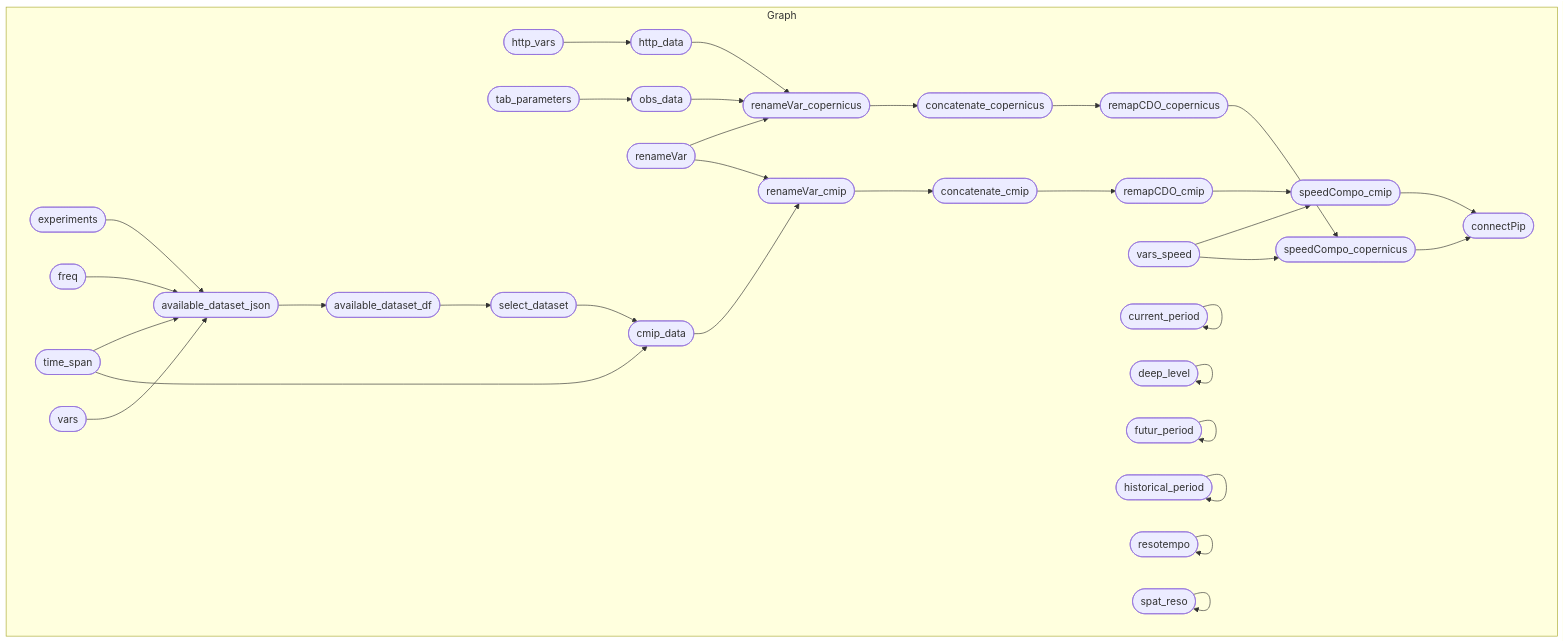
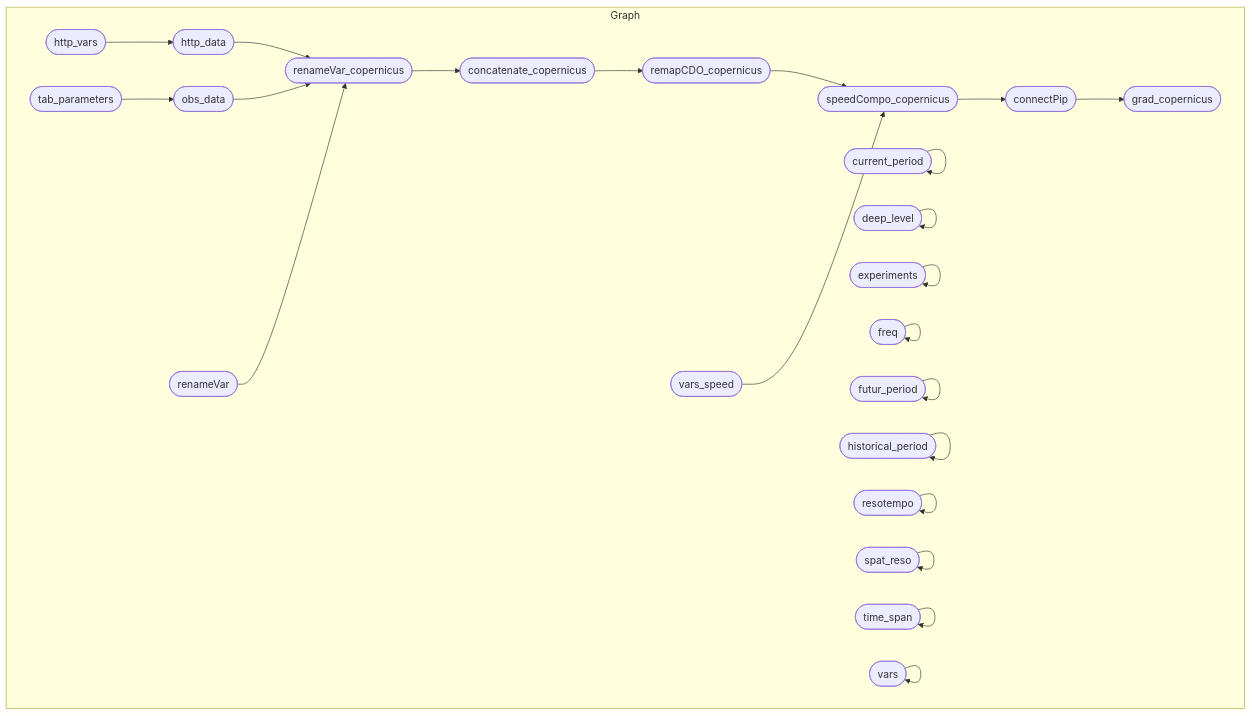
One commit to r-fernandezz/downshape changed the diagram in README.md. Above: the diagram before and after it, drawn with Mermaid. The commit also changed other lines of this file and 4 other files, not shown here.

Commit message:
🚧 PROGRESS: add grad_copernicus function

````diff
--- a/README.md
+++ b/README.md
@@ -22,37 +22,27 @@
 ``` mermaid
 graph LR
   subgraph Graph
     direction LR
-    x9289bfb53112cf3b(["concatenate_copernicus"]):::outdated --> xec6283d15a25ed08(["remapCDO_copernicus"]):::outdated
-    xf4b49e2ba07661b1(["remapCDO_cmip"]):::outdated --> xe5de19f3be59da20(["speedCompo_cmip"]):::outdated
-    xca459201a27e8460(["vars_speed"]):::uptodate --> xe5de19f3be59da20(["speedCompo_cmip"]):::outdated
-    x0262297569c18022(["renameVar_cmip"]):::outdated --> x4fe875b2492d0106(["concatenate_cmip"]):::outdated
-    x4fe875b2492d0106(["concatenate_cmip"]):::outdated --> xf4b49e2ba07661b1(["remapCDO_cmip"]):::outdated
-    x71e926299248ce3f(["http_vars"]):::uptodate --> x35b468daf9281b76(["http_data"]):::uptodate
-    xe44467b2b079fc18(["renameVar_copernicus"]):::outdated --> x9289bfb53112cf3b(["concatenate_copernicus"]):::outdated
+    xfc6ed28680e5db72(["speedCompo_copernicus"]):::outdated --> xcdaf411f7aa1a87d(["connectPip"]):::outdated
+    xcdaf411f7aa1a87d(["connectPip"]):::outdated --> x37179b61a203cbd3(["grad_copernicus"]):::outdated
     x35b468daf9281b76(["http_data"]):::uptodate --> xe44467b2b079fc18(["renameVar_copernicus"]):::outdated
     xd7bca5ba4e5f539d(["obs_data"]):::outdated --> xe44467b2b079fc18(["renameVar_copernicus"]):::outdated
     xd15c82dcb79a7c2e(["renameVar"]):::uptodate --> xe44467b2b079fc18(["renameVar_copernicus"]):::outdated
-    xac02e5e58926353b(["experiments"]):::uptodate --> x6fcf9b0e7fc429ff(["available_dataset_json"]):::outdated
-    x906e78a8df9f52cb(["freq"]):::uptodate --> x6fcf9b0e7fc429ff(["available_dataset_json"]):::outdated
-    x2c0118dd07b06ac8(["time_span"]):::uptodate --> x6fcf9b0e7fc429ff(["available_dataset_json"]):::outdated
-    x8f15ec77b8dbd81a(["vars"]):::uptodate --> x6fcf9b0e7fc429ff(["available_dataset_json"]):::outdated
-    x4301c707c2ab0cdc(["tab_parameters"]):::uptodate --> xd7bca5ba4e5f539d(["obs_data"]):::outdated
-    x6fcf9b0e7fc429ff(["available_dataset_json"]):::outdated --> xe895740a9b7896f7(["available_dataset_df"]):::outdated
+    x9289bfb53112cf3b(["concatenate_copernicus"]):::outdated --> xec6283d15a25ed08(["remapCDO_copernicus"]):::outdated
     xec6283d15a25ed08(["remapCDO_copernicus"]):::outdated --> xfc6ed28680e5db72(["speedCompo_copernicus"]):::outdated
     xca459201a27e8460(["vars_speed"]):::uptodate --> xfc6ed28680e5db72(["speedCompo_copernicus"]):::outdated
-    xe895740a9b7896f7(["available_dataset_df"]):::outdated --> x3f5ab24ee8d242b4(["select_dataset"]):::outdated
-    x3f5ab24ee8d242b4(["select_dataset"]):::outdated --> xd8e5f2013a341013(["cmip_data"]):::outdated
-    x2c0118dd07b06ac8(["time_span"]):::uptodate --> xd8e5f2013a341013(["cmip_data"]):::outdated
-    xd8e5f2013a341013(["cmip_data"]):::outdated --> x0262297569c18022(["renameVar_cmip"]):::outdated
-    xd15c82dcb79a7c2e(["renameVar"]):::uptodate --> x0262297569c18022(["renameVar_cmip"]):::outdated
-    xe5de19f3be59da20(["speedCompo_cmip"]):::outdated --> xcdaf411f7aa1a87d(["connectPip"]):::outdated
-    xfc6ed28680e5db72(["speedCompo_copernicus"]):::outdated --> xcdaf411f7aa1a87d(["connectPip"]):::outdated
+    xe44467b2b079fc18(["renameVar_copernicus"]):::outdated --> x9289bfb53112cf3b(["concatenate_copernicus"]):::outdated
+    x4301c707c2ab0cdc(["tab_parameters"]):::uptodate --> xd7bca5ba4e5f539d(["obs_data"]):::outdated
+    x71e926299248ce3f(["http_vars"]):::uptodate --> x35b468daf9281b76(["http_data"]):::uptodate
     x084994fb0e480676(["current_period"]):::uptodate --> x084994fb0e480676(["current_period"]):::uptodate
     x625f066a5f205ec8(["deep_level"]):::uptodate --> x625f066a5f205ec8(["deep_level"]):::uptodate
+    xac02e5e58926353b(["experiments"]):::uptodate --> xac02e5e58926353b(["experiments"]):::uptodate
+    x906e78a8df9f52cb(["freq"]):::uptodate --> x906e78a8df9f52cb(["freq"]):::uptodate
     xbce5cad1cf7e7103(["futur_period"]):::uptodate --> xbce5cad1cf7e7103(["futur_period"]):::uptodate
     x57dd1d5e854c11b6(["historical_period"]):::uptodate --> x57dd1d5e854c11b6(["historical_period"]):::uptodate
     x55a14a7f5821bbec(["resotempo"]):::uptodate --> x55a14a7f5821bbec(["resotempo"]):::uptodate
     xe73cbbcc20086ecd(["spat_reso"]):::uptodate --> xe73cbbcc20086ecd(["spat_reso"]):::uptodate
+    x2c0118dd07b06ac8(["time_span"]):::uptodate --> x2c0118dd07b06ac8(["time_span"]):::uptodate
+    x8f15ec77b8dbd81a(["vars"]):::uptodate --> x8f15ec77b8dbd81a(["vars"]):::uptodate
   end
 ```
````
